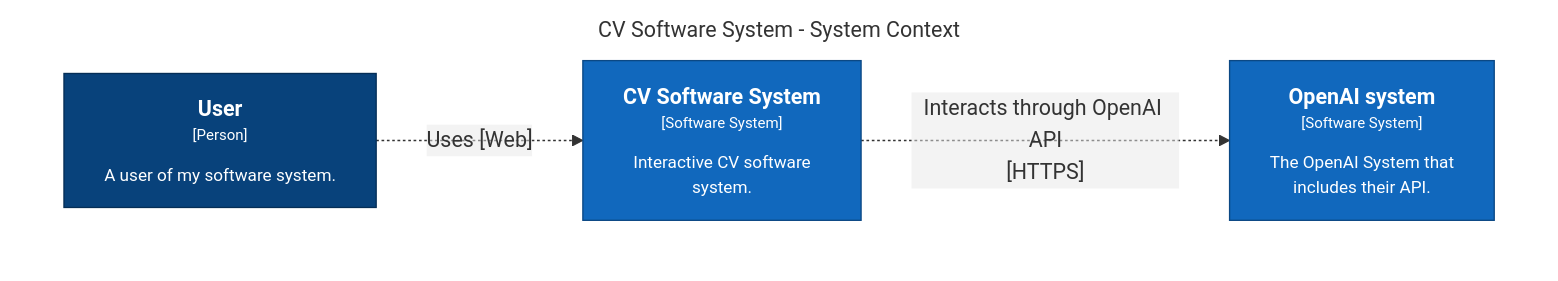
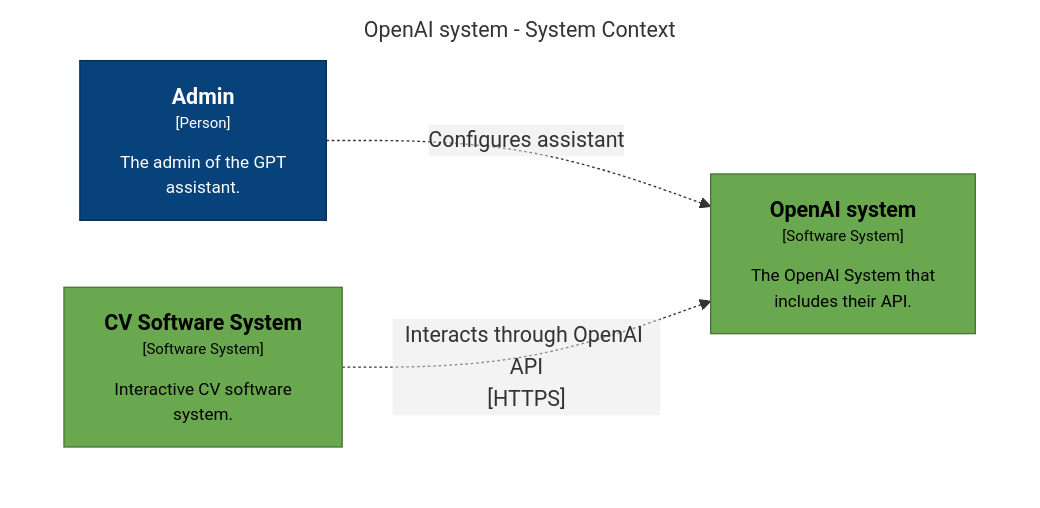
One commit to alexknips/nextjs-cv changed the second of 3 diagrams in README.md. Above: the diagram before and after it, drawn with Mermaid. The commit also changed other lines of this file, not shown here.

Commit message:
new styling

````diff
--- a/README.md
+++ b/README.md
@@ -36,18 +37,18 @@
 ```mermaid
 graph TB
   linkStyle default fill:#ffffff
 
-  subgraph diagram ["CV Software System - System Context"]
+  subgraph diagram ["OpenAI system - System Context"]
     style diagram fill:#ffffff,stroke:#ffffff
 
-    2["<div style='font-weight: bold'>User</div><div style='font-size: 70%; margin-top: 0px'>[Person]</div><div style='font-size: 80%; margin-top:10px'>A user of my software system.</div>"]
-    style 2 fill:#08427b,stroke:#052e56,color:#ffffff
+    1["<div style='font-weight: bold'>Admin</div><div style='font-size: 70%; margin-top: 0px'>[Person]</div><div style='font-size: 80%; margin-top:10px'>The admin of the GPT<br />assistant.</div>"]
+    style 1 fill:#08427b,stroke:#052e56,color:#ffffff
     3["<div style='font-weight: bold'>OpenAI system</div><div style='font-size: 70%; margin-top: 0px'>[Software System]</div><div style='font-size: 80%; margin-top:10px'>The OpenAI System that<br />includes their API.</div>"]
-    style 3 fill:#1168bd,stroke:#0b4884,color:#ffffff
+    style 3 fill:#6aa84f,stroke:#4a7537,color:#000000
     4["<div style='font-weight: bold'>CV Software System</div><div style='font-size: 70%; margin-top: 0px'>[Software System]</div><div style='font-size: 80%; margin-top:10px'>Interactive CV software<br />system.</div>"]
-    style 4 fill:#1168bd,stroke:#0b4884,color:#ffffff
+    style 4 fill:#6aa84f,stroke:#4a7537,color:#000000
 
-    2-. "<div>Uses [Web]</div><div style='font-size: 70%'></div>" .->4
-    4-. "<div>Interacts through OpenAI API<br />[HTTPS]</div><div style='font-size: 120%'></div>" .->3
+    1-. "<div>Configures assistant</div><div style='font-size: 70%'></div>" .->3
+    4-. "<div>Interacts through OpenAI API<br />[HTTPS]</div><div style='font-size: 70%'></div>" .->3
   end
 ```
````
